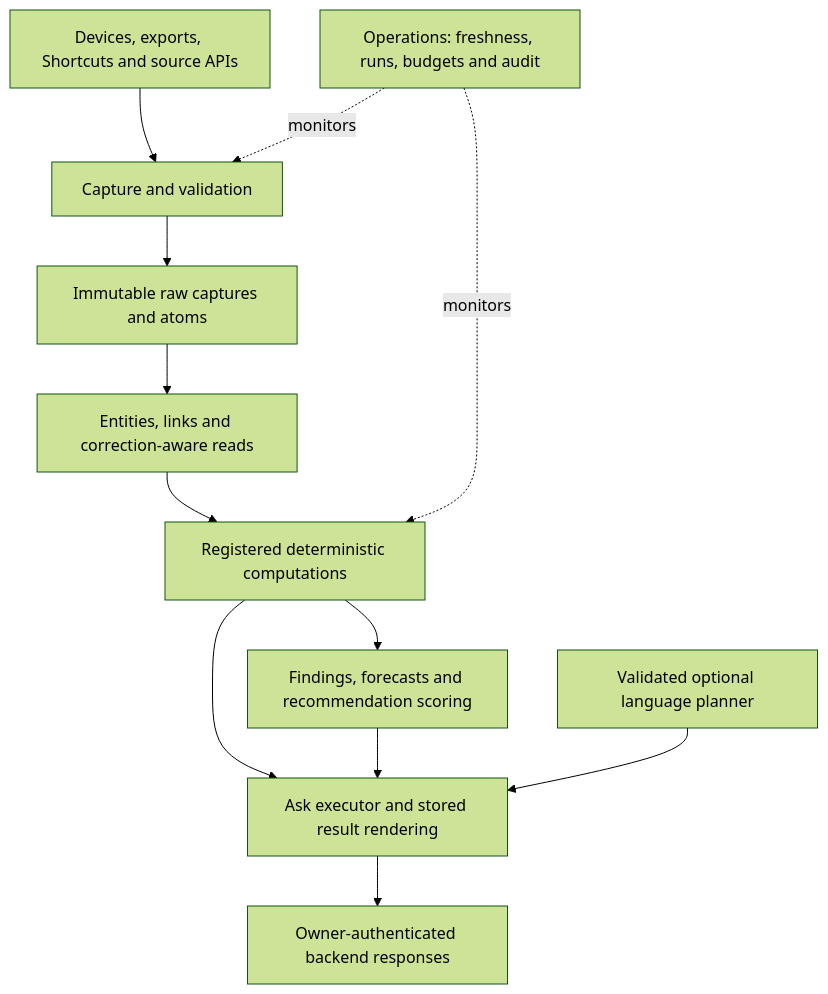
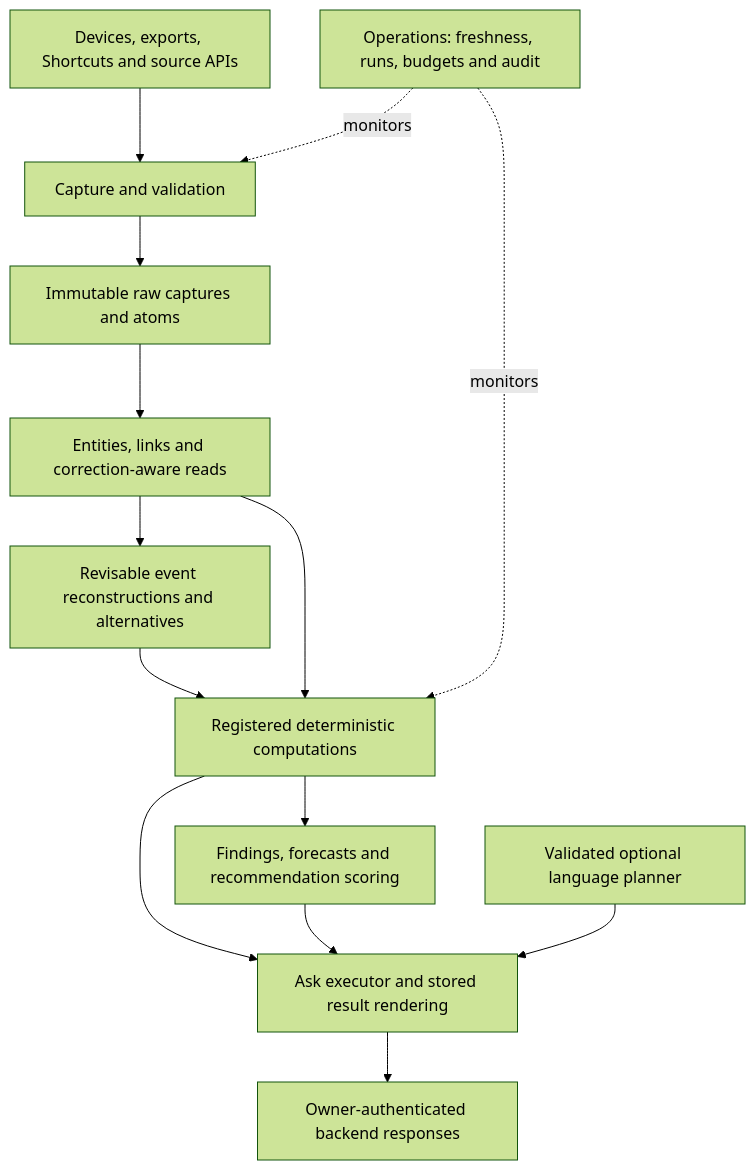
The diagram in docs/BACKEND_ARCHITECTURE.md (josephdelany/personal-os-v2), drawn with Mermaid (forest theme) before and after one commit. The commit also changed other lines of this file and 11 other files, not shown here.

````diff
--- a/docs/BACKEND_ARCHITECTURE.md
+++ b/docs/BACKEND_ARCHITECTURE.md
@@ -13,14 +13,16 @@
 ```mermaid
 flowchart TD
   A[Devices, exports, Shortcuts and source APIs] --> B[Capture and validation]
   B --> C[Immutable raw captures and atoms]
   C --> D[Entities, links and correction-aware reads]
-  D --> E[Registered deterministic computations]
+  D --> R[Revisable event reconstructions and alternatives]
+  R --> E[Registered deterministic computations]
+  D --> E
   E --> F[Findings, forecasts and recommendation scoring]
   E --> G[Ask executor and stored result rendering]
   F --> G
   G --> H[Owner-authenticated backend responses]
   I[Validated optional language planner] --> G
   J[Operations: freshness, runs, budgets and audit] -. monitors .-> B
   J -. monitors .-> E
 ```
````
